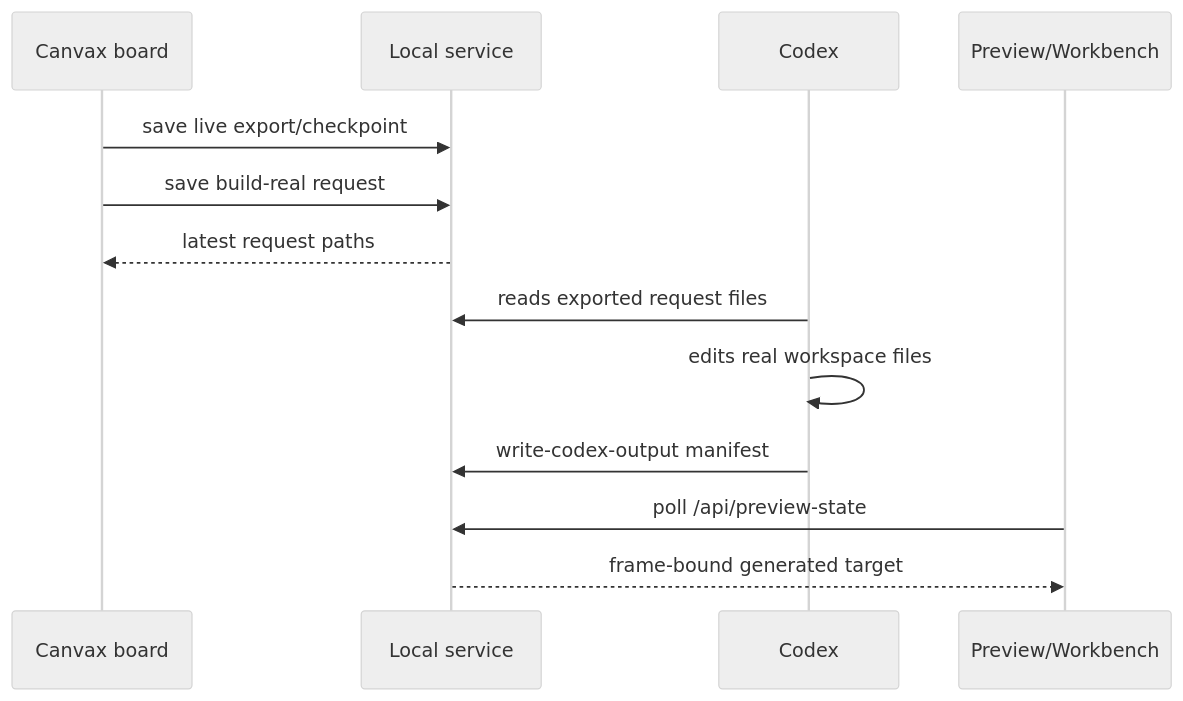
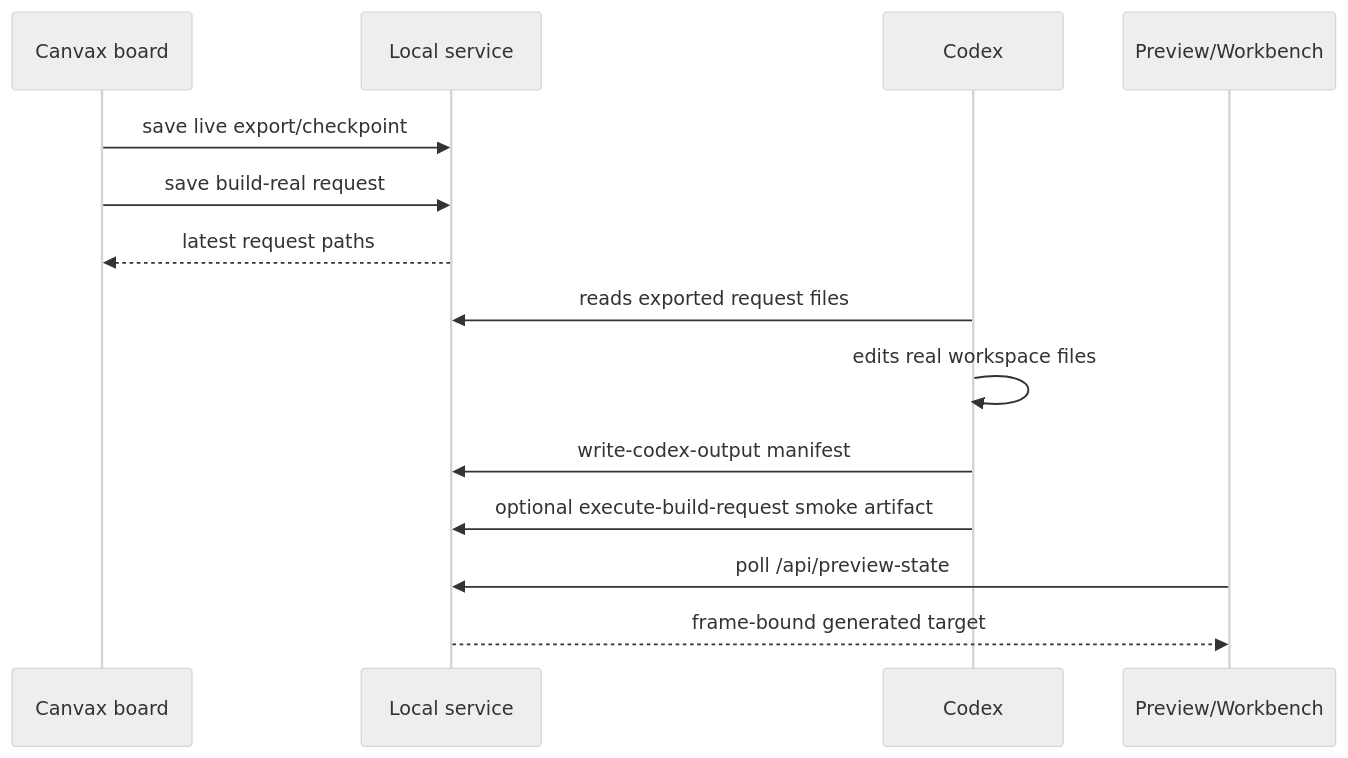
One commit to varshneydevansh/Canvax changed the fourth of 5 diagrams in docs/DEVELOPMENT.md. Above: the diagram before and after it, drawn with Mermaid (neutral theme). The commit also changed other lines of this file and 9 other files, not shown here.

Commit message:
feat: execute build request previews

````diff
--- a/docs/DEVELOPMENT.md
+++ b/docs/DEVELOPMENT.md
@@ -207,16 +213,17 @@
 ```mermaid
 sequenceDiagram
     participant Board as Canvax board
     participant Service as Local service
     participant Codex as Codex
     participant Preview as Preview/Workbench
 
     Board->>Service: save live export/checkpoint
     Board->>Service: save build-real request
     Service-->>Board: latest request paths
     Codex->>Service: reads exported request files
     Codex->>Codex: edits real workspace files
     Codex->>Service: write-codex-output manifest
+    Codex->>Service: optional execute-build-request smoke artifact
     Preview->>Service: poll /api/preview-state
     Service-->>Preview: frame-bound generated target
 ```
````
